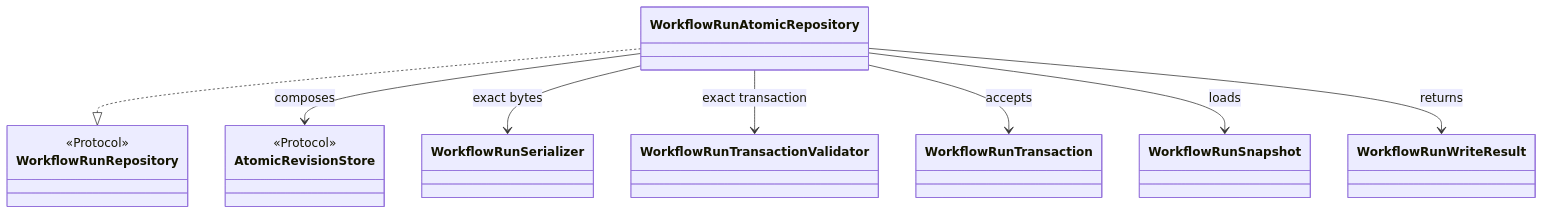
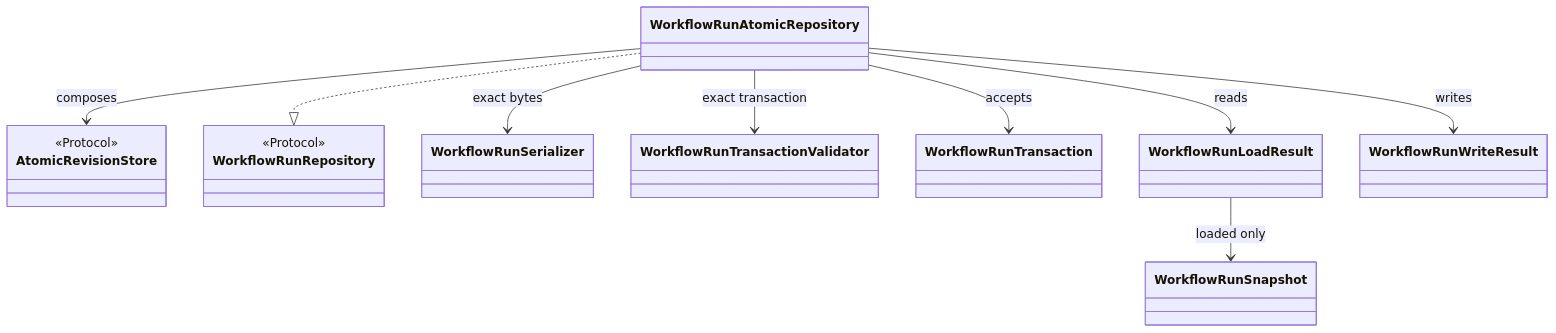
The third of 5 diagrams in docs/architecture/v2/ksdft2effmass/persistence/index.md (eragasa/ksdft2effmass), drawn with Mermaid before and after one commit. The commit also changed other lines of this file and 54 other files, not shown here.

Commit message:
docs: close architecture v2 planning issues

````diff
--- a/docs/architecture/v2/ksdft2effmass/persistence/index.md
+++ b/docs/architecture/v2/ksdft2effmass/persistence/index.md
@@ -114,23 +150,25 @@
 ```mermaid
 classDiagram
     class AtomicRevisionStore {
         <<Protocol>>
     }
     class WorkflowRunRepository {
         <<Protocol>>
     }
     class WorkflowRunAtomicRepository
     class WorkflowRunSerializer
     class WorkflowRunTransactionValidator
     class WorkflowRunTransaction
     class WorkflowRunSnapshot
+    class WorkflowRunLoadResult
     class WorkflowRunWriteResult
 
     WorkflowRunAtomicRepository ..|> WorkflowRunRepository
     WorkflowRunAtomicRepository --> AtomicRevisionStore : composes
     WorkflowRunAtomicRepository --> WorkflowRunSerializer : exact bytes
     WorkflowRunAtomicRepository --> WorkflowRunTransactionValidator : exact transaction
     WorkflowRunAtomicRepository --> WorkflowRunTransaction : accepts
-    WorkflowRunAtomicRepository --> WorkflowRunSnapshot : loads
-    WorkflowRunAtomicRepository --> WorkflowRunWriteResult : returns
+    WorkflowRunLoadResult --> WorkflowRunSnapshot : loaded only
+    WorkflowRunAtomicRepository --> WorkflowRunLoadResult : reads
+    WorkflowRunAtomicRepository --> WorkflowRunWriteResult : writes
 ```
````
